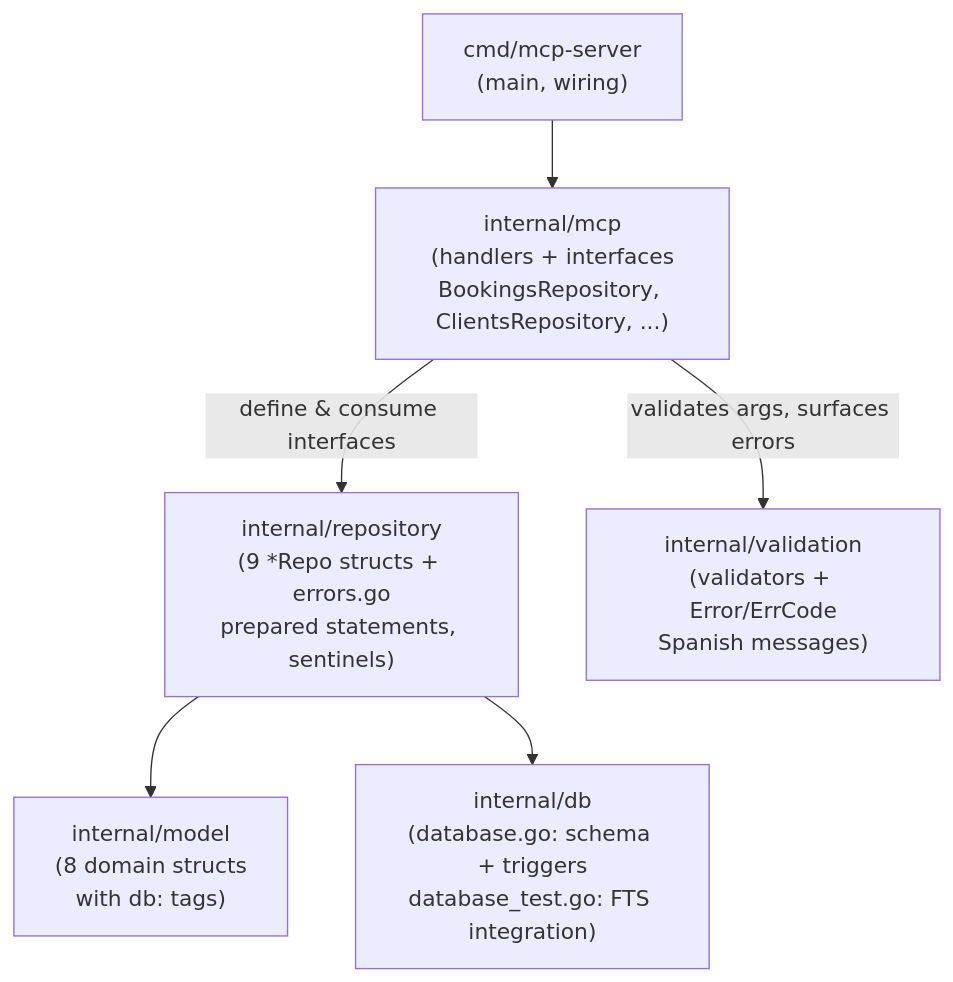
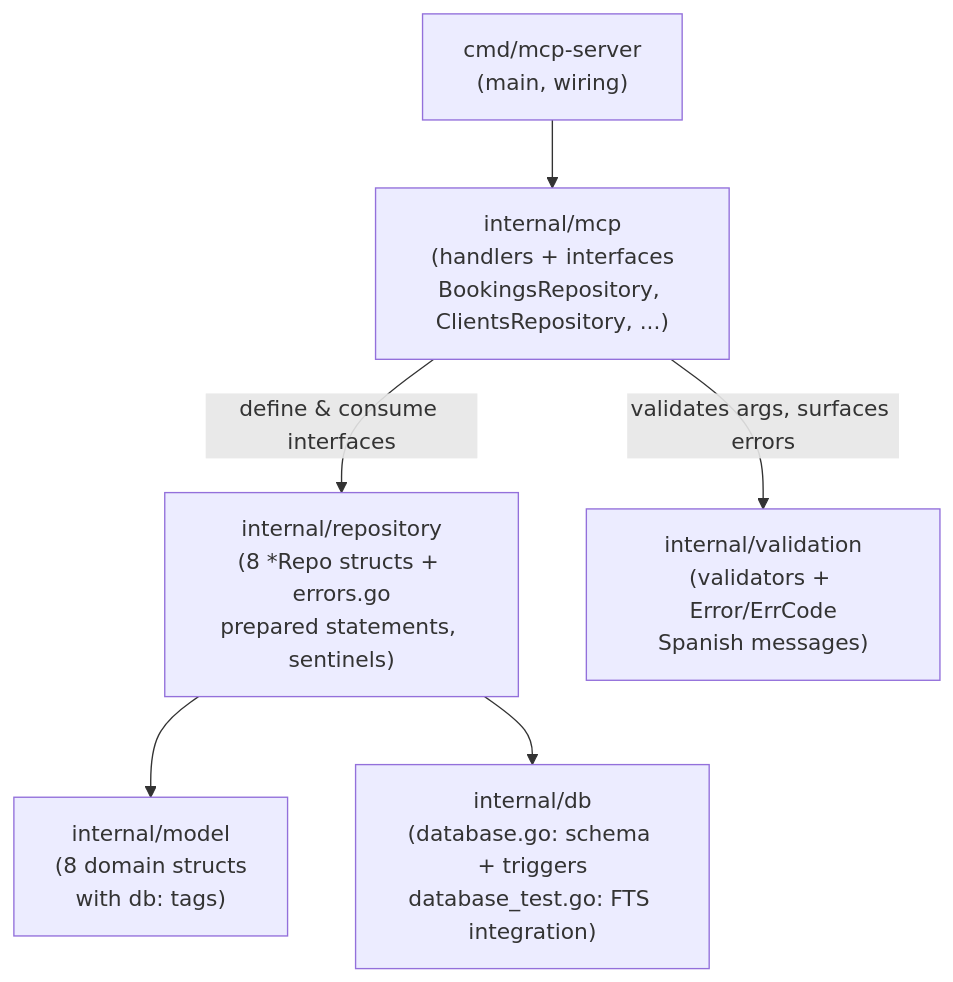
Before and after one commit to egkike/mcp-appointments-crm: the first of 4 diagrams in openspec/changes/feat-db-layer/design.md, drawn with Mermaid. The commit also changed other lines of this file and 7 other files, not shown here.

````diff
--- a/openspec/changes/feat-db-layer/design.md
+++ b/openspec/changes/feat-db-layer/design.md
@@ -13,15 +13,15 @@
 ```mermaid
 flowchart TD
     cmd["cmd/mcp-server<br/>(main, wiring)"]
     mcp["internal/mcp<br/>(handlers + interfaces<br/>BookingsRepository, ClientsRepository, ...)"]
-    repo["internal/repository<br/>(9 *Repo structs + errors.go<br/>prepared statements, sentinels)"]
+    repo["internal/repository<br/>(8 *Repo structs + errors.go<br/>prepared statements, sentinels)"]
     model["internal/model<br/>(8 domain structs<br/>with db: tags)"]
     db["internal/db<br/>(database.go: schema + triggers<br/>database_test.go: FTS integration)"]
     val["internal/validation<br/>(validators + Error/ErrCode<br/>Spanish messages)"]
 
     cmd --> mcp
     mcp -->|define & consume interfaces| repo
     repo --> model
     repo --> db
     mcp -->|validates args, surfaces errors| val
 ```
````
